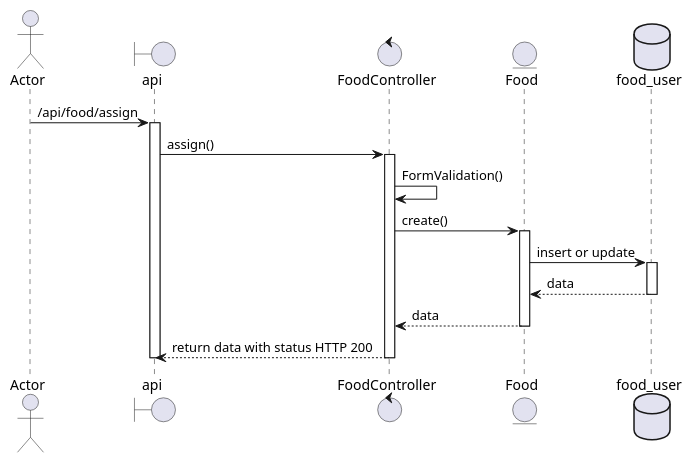
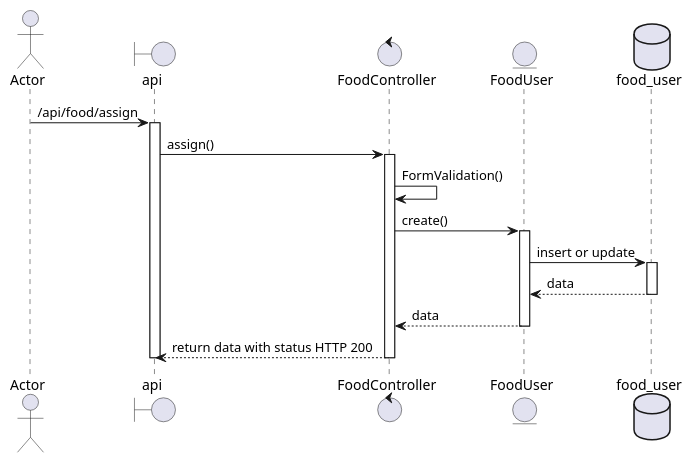
The diagram in public/images/diagrams/diagram_sequence_assign_food_by_user.plantuml (namoclopez2020/manzana-verde-test), drawn with PlantUML before and after one commit. The commit also changed 8 other files, not shown here.

```diff
--- a/public/images/diagrams/diagram_sequence_assign_food_by_user.plantuml
+++ b/public/images/diagrams/diagram_sequence_assign_food_by_user.plantuml
@@ -1,25 +1,25 @@
 @startuml assign food
 
 actor "Actor"
 boundary "api"
 control "FoodController"
-entity "Food"
+entity "FoodUser"
 database "food_user"
 
 "Actor" ->  "api" : /api/food/assign
 activate api
 "api" -> "FoodController" : assign()
 activate FoodController
 "FoodController" ->  "FoodController" : FormValidation()
-"FoodController" ->  "Food" : create()
-activate Food
-"Food" ->  "food_user" : insert or update
+"FoodController" ->  "FoodUser" : create()
+activate FoodUser
+"FoodUser" ->  "food_user" : insert or update
 activate food_user
-"food_user" --> "Food" : data
+"food_user" --> "FoodUser" : data
 deactivate food_user
-"Food" --> "FoodController": data
-deactivate Food
+"FoodUser" --> "FoodController": data
+deactivate FoodUser
 "FoodController" --> "api" : return data with status HTTP 200
 deactivate FoodController
 deactivate api
 @enduml
```
